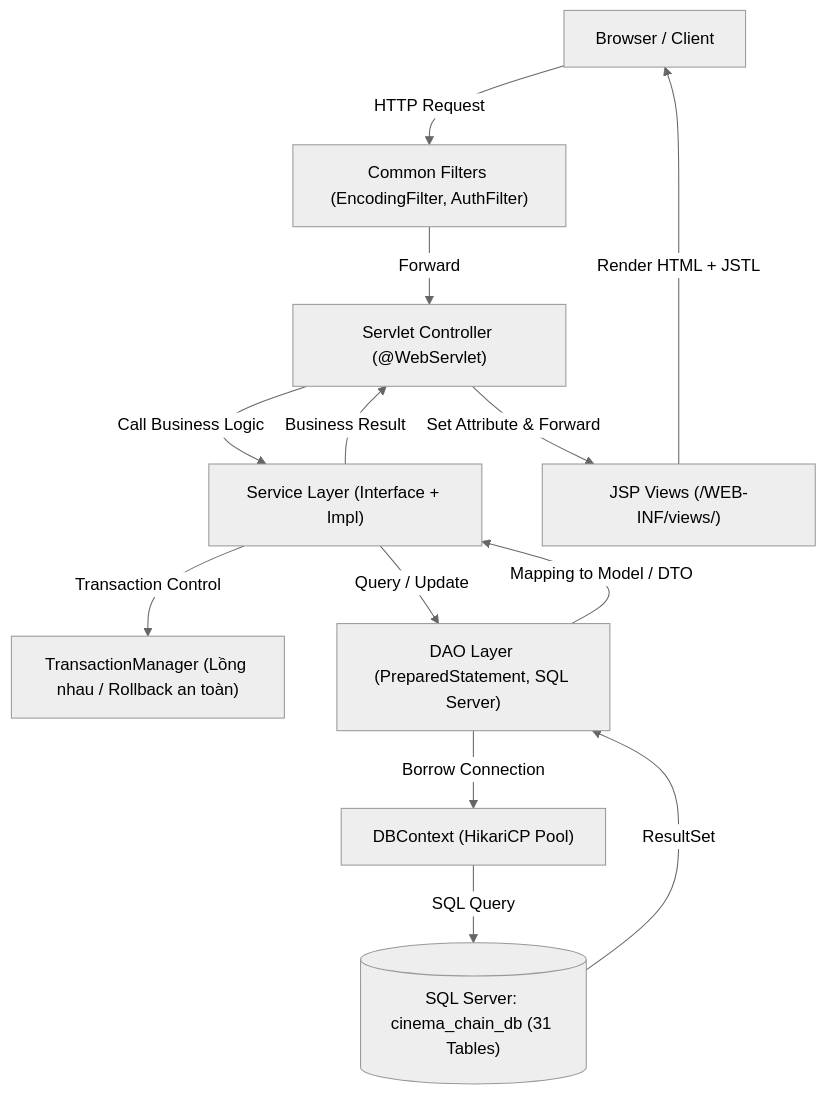
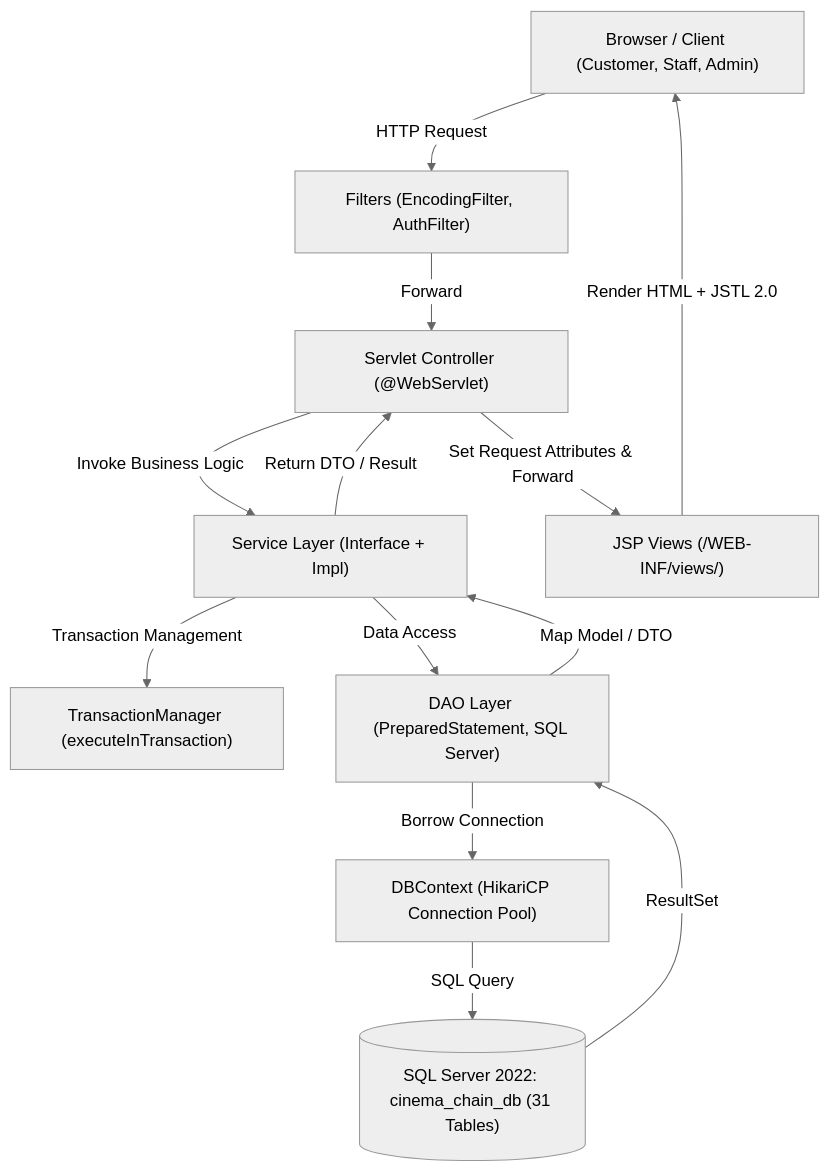
Before and after one commit to ducdung121103/swp391-cinemax-G3: the first of 6 diagrams in README.md, drawn with Mermaid (neutral theme). The commit also changed other lines of this file, not shown here.

Commit message:
docs: Cập nhật toàn diện README.md chuẩn Feature Tree v2.2, ma trận phân bổ 15-16-13 (44 tasks) và sơ đồ 5 luồng nghiệp vụ cốt lõi

````diff
--- a/README.md
+++ b/README.md
@@ -120,15 +161,15 @@
 ```mermaid
 flowchart TD
-    Client["Browser / Client"] -->|HTTP Request| Filters["Common Filters (EncodingFilter, AuthFilter)"]
+    Client["Browser / Client (Customer, Staff, Admin)"] -->|HTTP Request| Filters["Filters (EncodingFilter, AuthFilter)"]
     Filters -->|Forward| Servlet["Servlet Controller (@WebServlet)"]
-    Servlet -->|Call Business Logic| Service["Service Layer (Interface + Impl)"]
-    Service -->|Transaction Control| TxMgr["TransactionManager (Lồng nhau / Rollback an toàn)"]
-    Service -->|Query / Update| DAO["DAO Layer (PreparedStatement, SQL Server)"]
-    DAO -->|Borrow Connection| Hikari["DBContext (HikariCP Pool)"]
-    Hikari -->|SQL Query| DB[("SQL Server: cinema_chain_db (31 Tables)")]
+    Servlet -->|Invoke Business Logic| Service["Service Layer (Interface + Impl)"]
+    Service -->|Transaction Management| TxMgr["TransactionManager (executeInTransaction)"]
+    Service -->|Data Access| DAO["DAO Layer (PreparedStatement, SQL Server)"]
+    DAO -->|Borrow Connection| Hikari["DBContext (HikariCP Connection Pool)"]
+    Hikari -->|SQL Query| DB[("SQL Server 2022: cinema_chain_db (31 Tables)")]
     DB -->|ResultSet| DAO
-    DAO -->|Mapping to Model / DTO| Service
-    Service -->|Business Result| Servlet
-    Servlet -->|Set Attribute & Forward| View["JSP Views (/WEB-INF/views/)"]
-    View -->|Render HTML + JSTL| Client
+    DAO -->|Map Model / DTO| Service
+    Service -->|Return DTO / Result| Servlet
+    Servlet -->|Set Request Attributes & Forward| View["JSP Views (/WEB-INF/views/)"]
+    View -->|Render HTML + JSTL 2.0| Client
 ```
````
